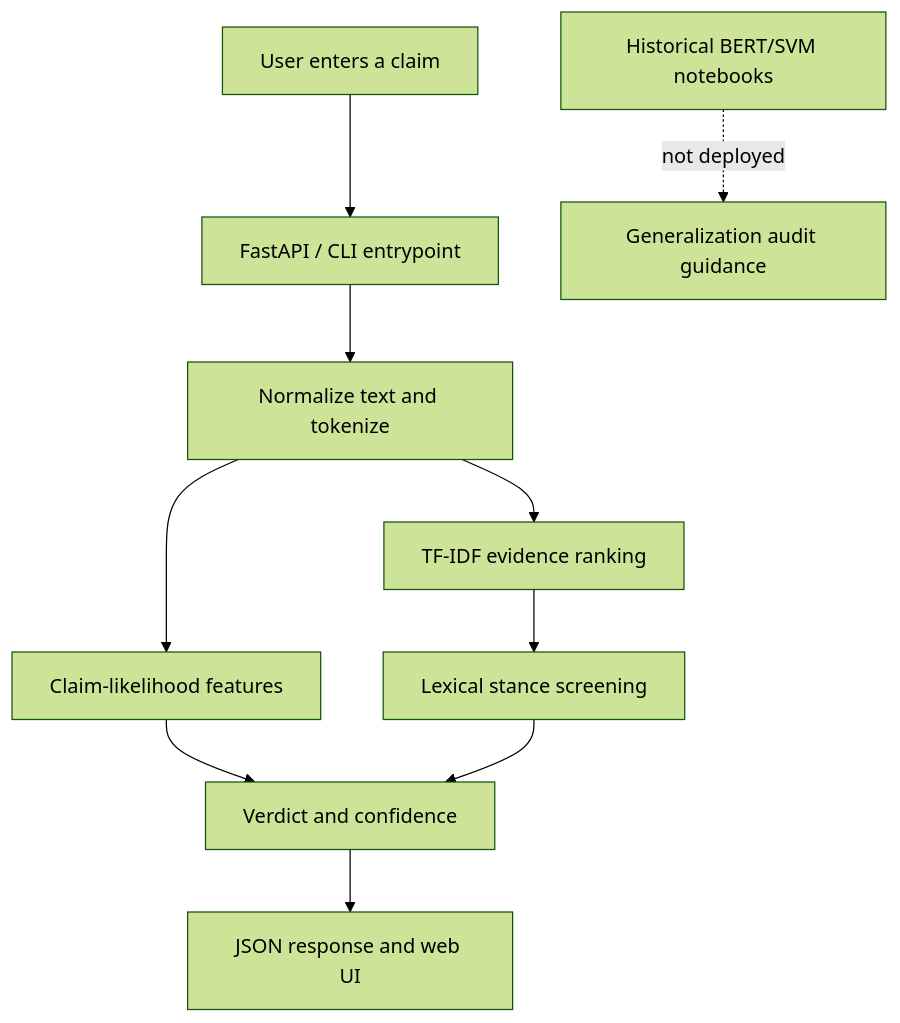
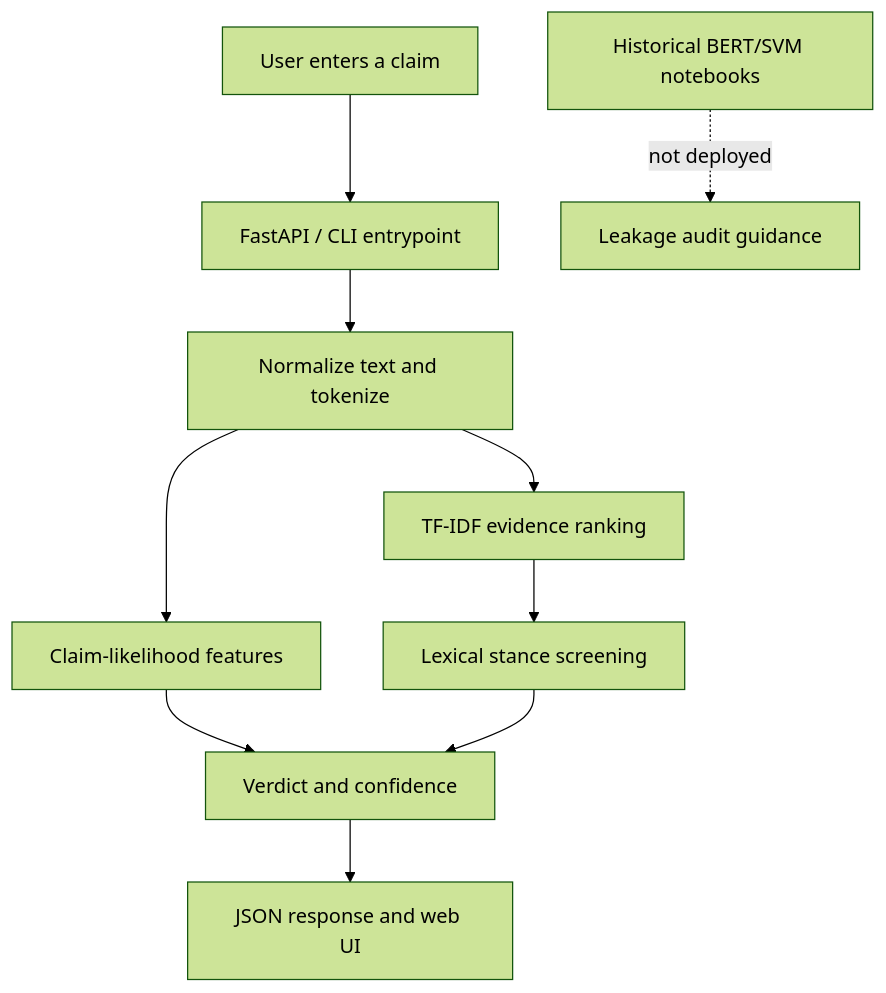
Before and after one commit to shreyshrivastava/claim-detection-project-on-Russia-and-conflict: the diagram in docs/architecture.md, drawn with Mermaid (forest theme). The commit also changed other lines of this file and 21 other files, not shown here.

````diff
--- a/docs/architecture.md
+++ b/docs/architecture.md
@@ -5,13 +5,13 @@
 ```mermaid
 flowchart TB
     User["User enters a claim"] --> Entry["FastAPI / CLI entrypoint"]
     Entry --> Normalize["Normalize text and tokenize"]
     Normalize --> ClaimScore["Claim-likelihood features"]
     Normalize --> EvidenceRank["TF-IDF evidence ranking"]
     EvidenceRank --> Stance["Lexical stance screening"]
     ClaimScore --> Verdict["Verdict and confidence"]
     Stance --> Verdict
     Verdict --> Response["JSON response and web UI"]
 
-    Notebook["Historical BERT/SVM notebooks"] -. "not deployed" .-> Audit["Generalization audit guidance"]
+    Notebook["Historical BERT/SVM notebooks"] -. "not deployed" .-> Audit["Leakage audit guidance"]
 ```
````
